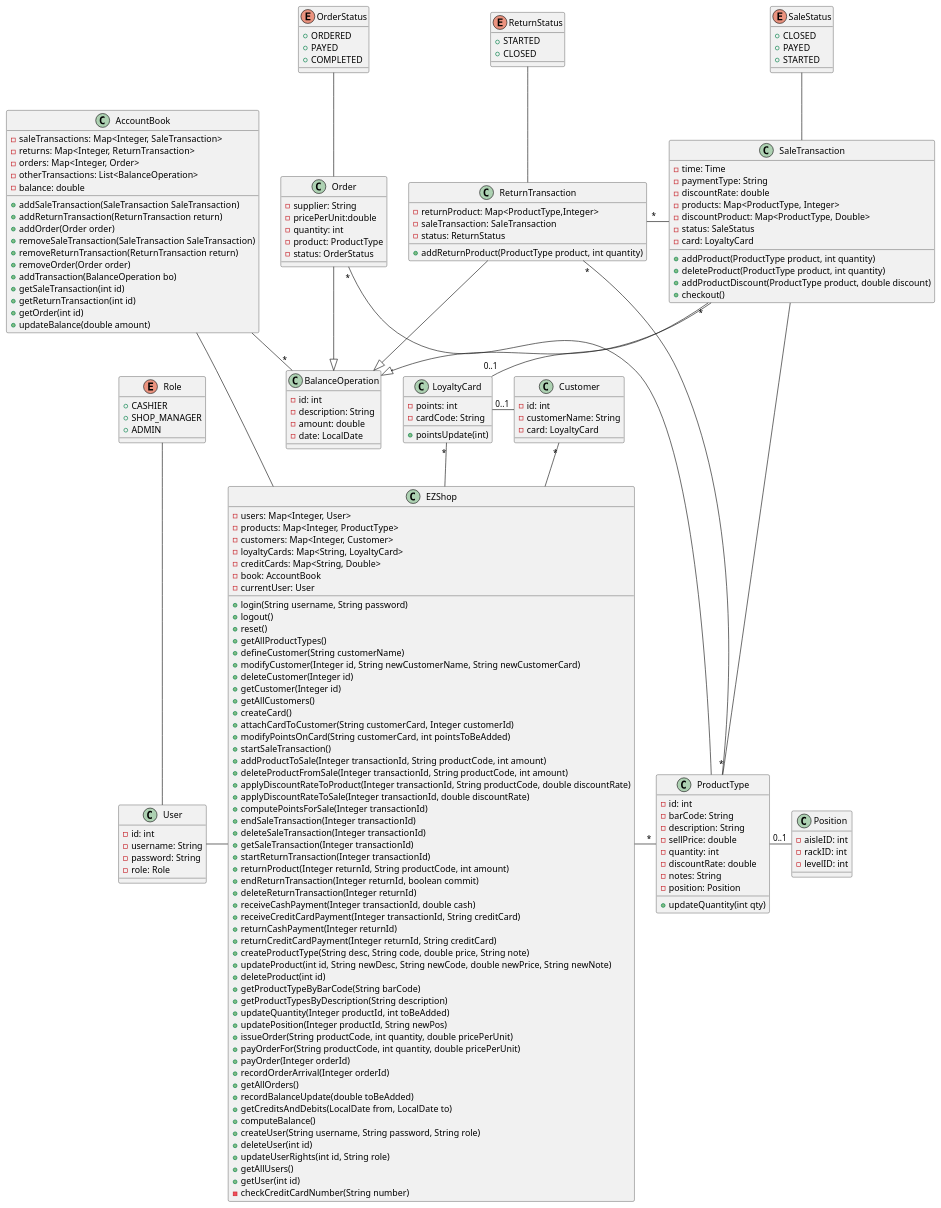
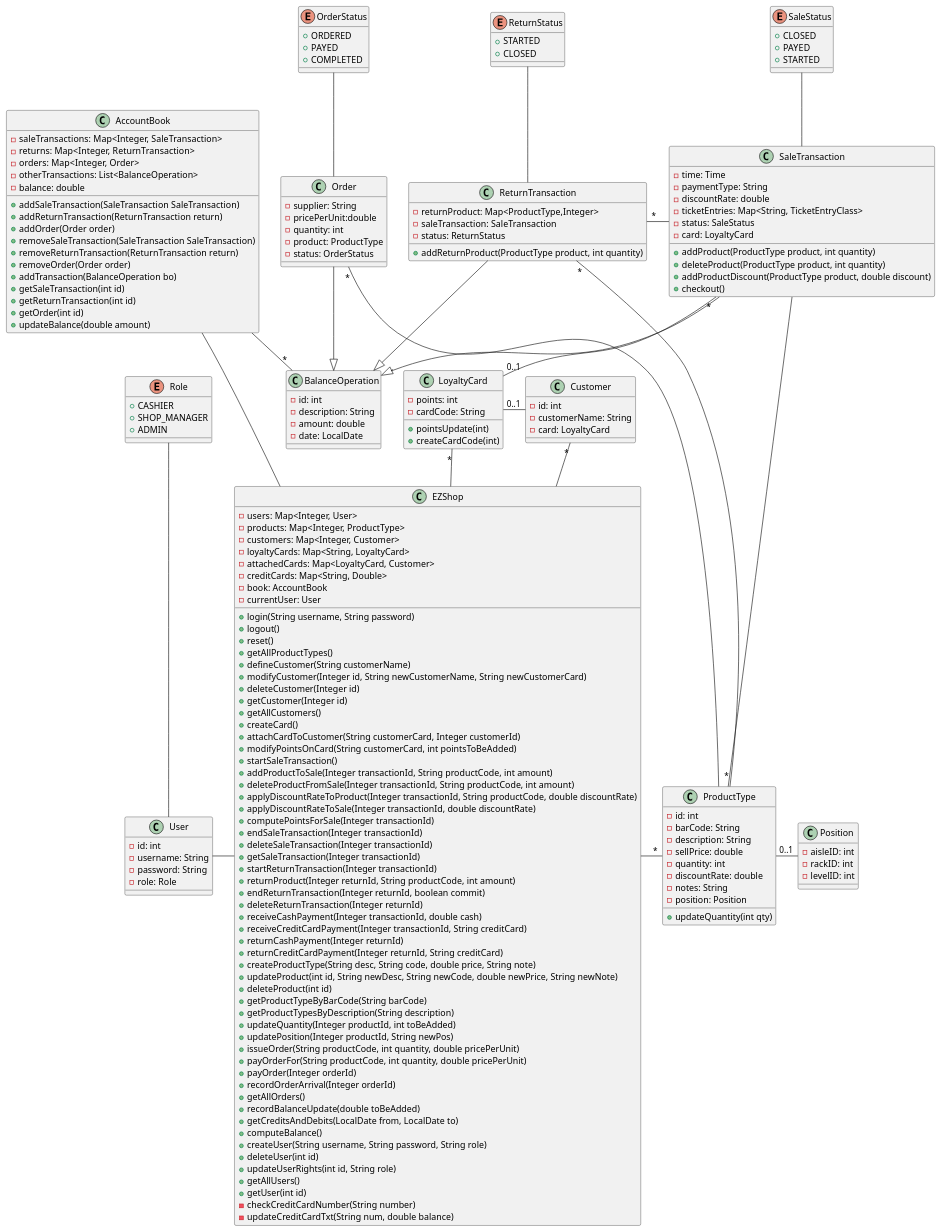
The second of 12 diagrams in Deliverables/DesignDocument.md (BMike10/EzShop), drawn with PlantUML before and after one commit. The commit also changed 6 other files, not shown here.

```diff
--- a/Deliverables/DesignDocument.md
+++ b/Deliverables/DesignDocument.md
@@ -50,6 +50,7 @@
     - products: Map<Integer, ProductType>
     - customers: Map<Integer, Customer>
     - loyaltyCards: Map<String, LoyaltyCard> 
+    - attachedCards: Map<LoyaltyCard, Customer>
     - creditCards: Map<String, Double>
     - book: AccountBook 
     - currentUser: User 
@@ -105,6 +106,7 @@
     + getAllUsers()
     + getUser(int id)
     - checkCreditCardNumber(String number)
+    - updateCreditCardTxt(String num, double balance)
 }
 class User{
     - id: int 
@@ -171,8 +173,7 @@
     - time: Time 
     - paymentType: String 
     - discountRate: double 
-    - products: Map<ProductType, Integer> 
-    - discountProduct: Map<ProductType, Double> 
+    - ticketEntries: Map<String, TicketEntryClass> 
     - status: SaleStatus
     - card: LoyaltyCard 
     + addProduct(ProductType product, int quantity)
@@ -196,6 +197,7 @@
     - points: int 
     - cardCode: String 
     + pointsUpdate(int)
+    + createCardCode(int)
 }
 
 class Customer {
```
